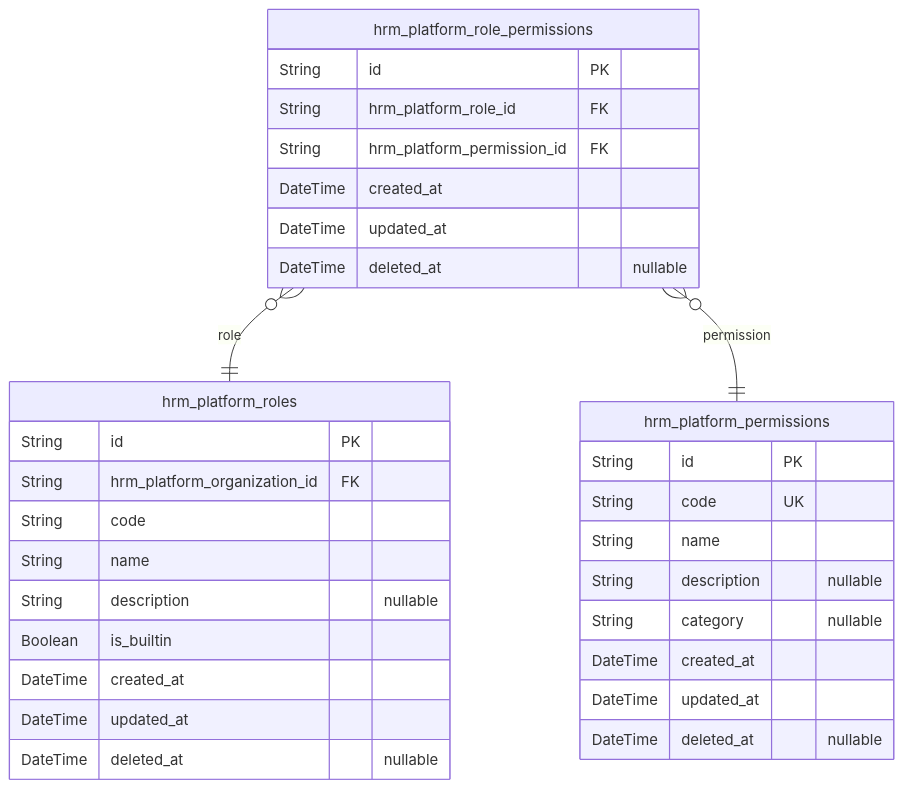
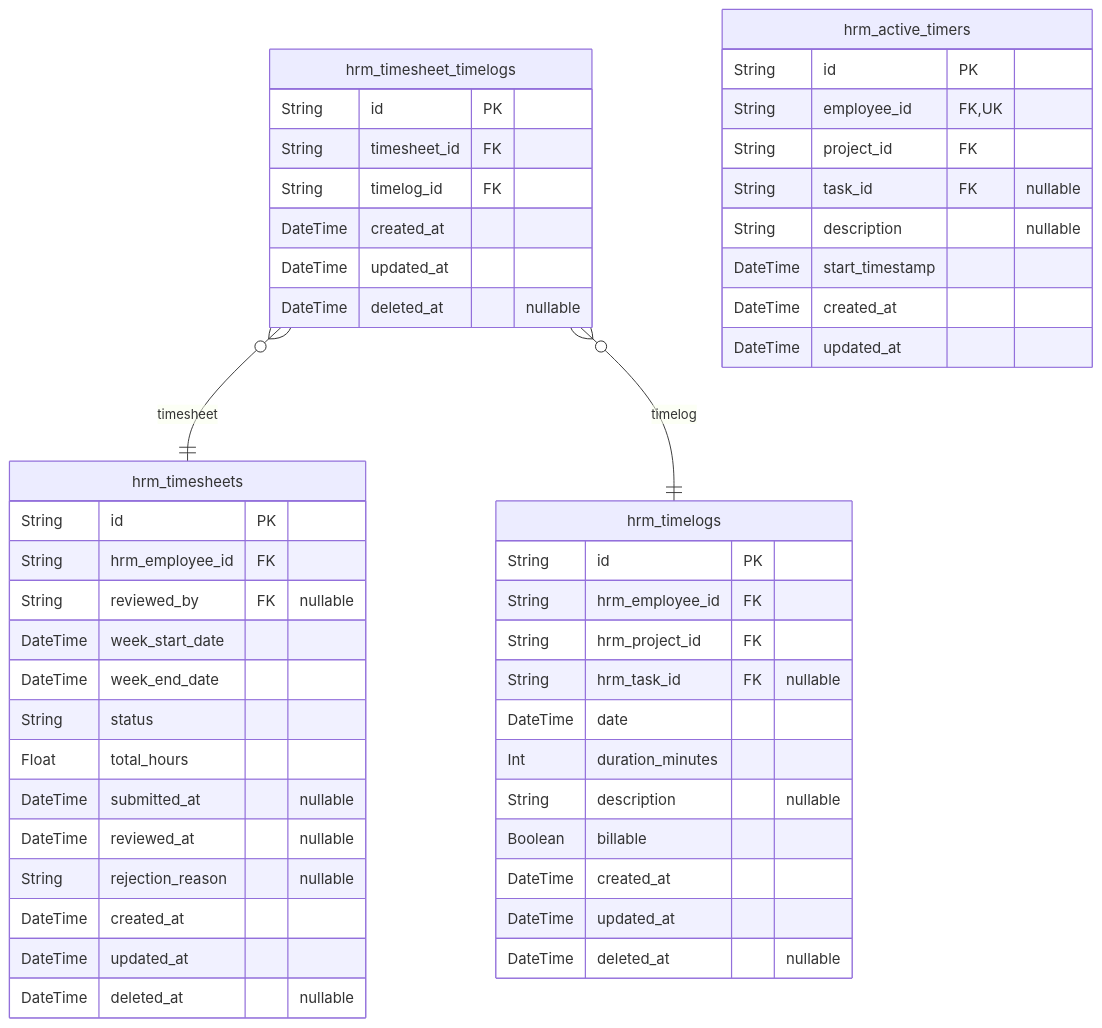
The eighth of 9 diagrams in qwen/qwen3.5-122b-a10b/erp/docs/ERD.md (wrtnlabs/autobe-examples), drawn with Mermaid before and after one commit. The commit also changed other lines of this file and 32093 other files, not shown here.

````diff
--- a/qwen/qwen3.5-122b-a10b/erp/docs/ERD.md
+++ b/qwen/qwen3.5-122b-a10b/erp/docs/ERD.md
@@ -1008,34 +1792,51 @@
 ```mermaid
 erDiagram
-"hrm_platform_roles" {
+"hrm_timelogs" {
   String id PK
-  String hrm_platform_organization_id FK
-  String code
-  String name
+  String hrm_employee_id FK
+  String hrm_project_id FK
+  String hrm_task_id FK "nullable"
+  DateTime date
+  Int duration_minutes
   String description "nullable"
-  Boolean is_builtin
+  Boolean billable
   DateTime created_at
   DateTime updated_at
   DateTime deleted_at "nullable"
 }
-"hrm_platform_role_permissions" {
+"hrm_timesheets" {
   String id PK
-  String hrm_platform_role_id FK
-  String hrm_platform_permission_id FK
+  String hrm_employee_id FK
+  String reviewed_by FK "nullable"
+  DateTime week_start_date
+  DateTime week_end_date
+  String status
+  Float total_hours
+  DateTime submitted_at "nullable"
+  DateTime reviewed_at "nullable"
+  String rejection_reason "nullable"
   DateTime created_at
   DateTime updated_at
   DateTime deleted_at "nullable"
 }
-"hrm_platform_permissions" {
+"hrm_timesheet_timelogs" {
   String id PK
-  String code UK
-  String name
-  String description "nullable"
-  String category "nullable"
+  String timesheet_id FK
+  String timelog_id FK
   DateTime created_at
   DateTime updated_at
   DateTime deleted_at "nullable"
 }
-"hrm_platform_role_permissions" }o--|| "hrm_platform_roles" : role
-"hrm_platform_role_permissions" }o--|| "hrm_platform_permissions" : permission
+"hrm_active_timers" {
+  String id PK
+  String employee_id FK,UK
+  String project_id FK
+  String task_id FK "nullable"
+  String description "nullable"
+  DateTime start_timestamp
+  DateTime created_at
+  DateTime updated_at
+}
+"hrm_timesheet_timelogs" }o--|| "hrm_timesheets" : timesheet
+"hrm_timesheet_timelogs" }o--|| "hrm_timelogs" : timelog
 ```
````
